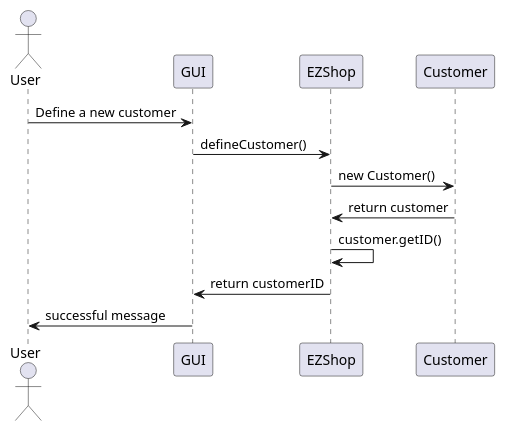
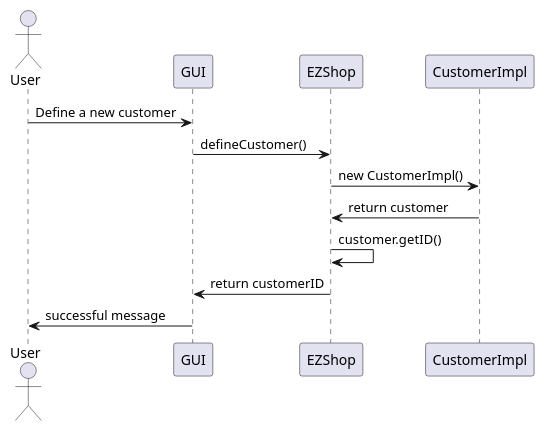
The tenth of 19 diagrams in Deliverables/DesignDocument.md (ThePiromaximus/ezshop), drawn with PlantUML before and after one commit. The commit also changed other lines of this file, not shown here.

Commit message:
Updated sequence diagram FR4, FR7

````diff
--- a/Deliverables/DesignDocument.md
+++ b/Deliverables/DesignDocument.md
@@ -387,12 +387,12 @@
 ```plantuml
 @startuml
 Actor User as U
 U -> GUI: Define a new customer
 GUI -> EZShop: defineCustomer()
-EZShop -> Customer: new Customer()
-EZShop <- Customer: return customer
+EZShop -> CustomerImpl: new CustomerImpl()
+EZShop <- CustomerImpl: return customer
 EZShop -> EZShop : customer.getID()
 GUI <- EZShop: return customerID
 U <- GUI: successful message
 @enduml
 ```
````
